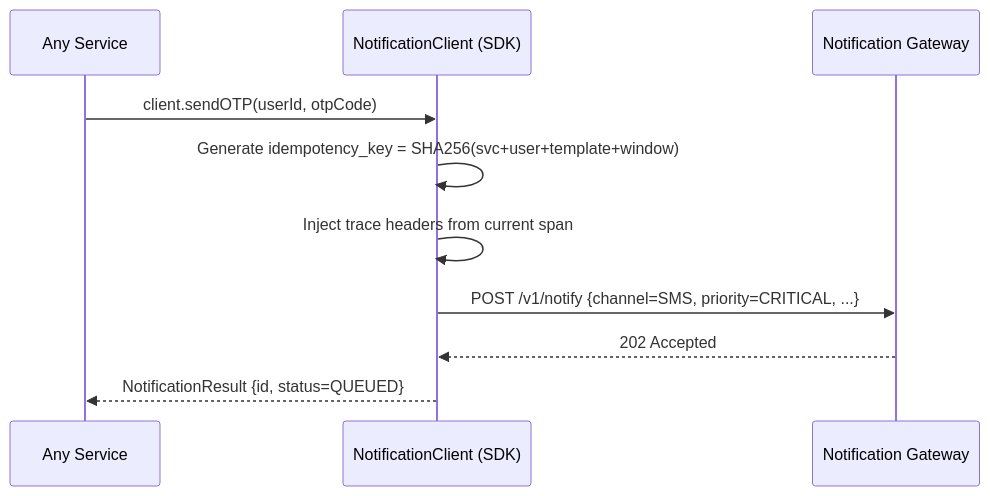
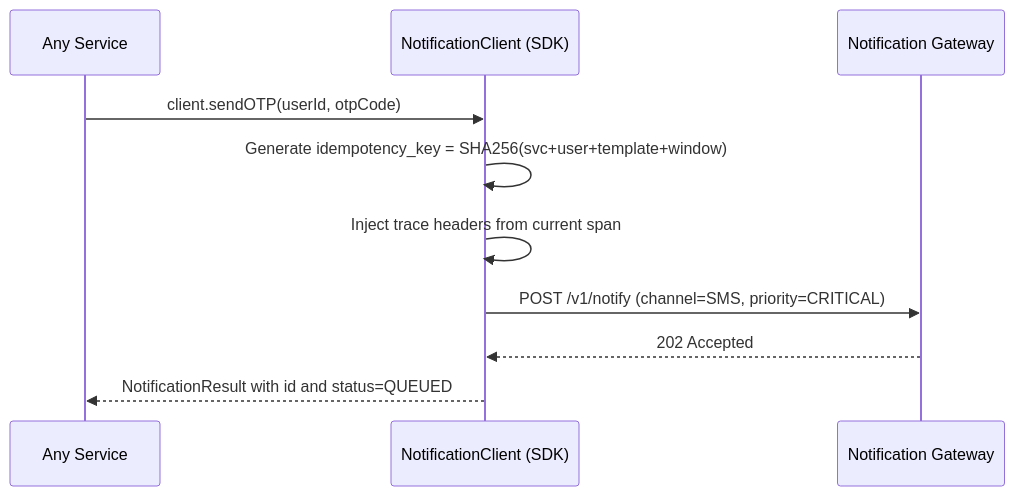
The third of 7 diagrams in notification-service/design/integration-patterns.md (bindian0509/system-design), drawn with Mermaid before and after one commit. The commit also changed other lines of this file and 9 other files, not shown here.

Commit message:
fixing mermaid

````diff
--- a/notification-service/design/integration-patterns.md
+++ b/notification-service/design/integration-patterns.md
@@ -107,13 +107,13 @@
 ```mermaid
 sequenceDiagram
     participant S as Any Service
     participant SDK as NotificationClient (SDK)
     participant GW as Notification Gateway
 
     S->>SDK: client.sendOTP(userId, otpCode)
     SDK->>SDK: Generate idempotency_key = SHA256(svc+user+template+window)
     SDK->>SDK: Inject trace headers from current span
-    SDK->>GW: POST /v1/notify {channel=SMS, priority=CRITICAL, ...}
+    SDK->>GW: POST /v1/notify (channel=SMS, priority=CRITICAL)
     GW-->>SDK: 202 Accepted
-    SDK-->>S: NotificationResult {id, status=QUEUED}
+    SDK-->>S: NotificationResult with id and status=QUEUED
 ```
````
